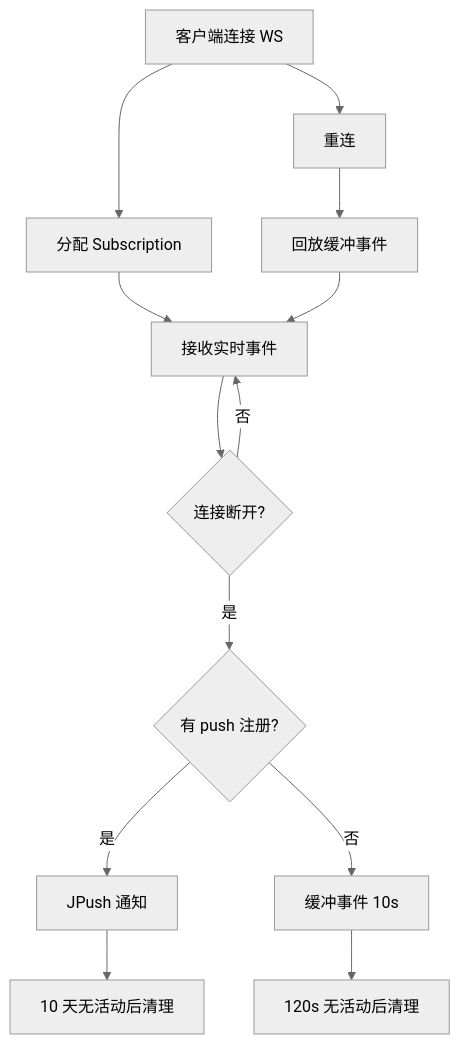
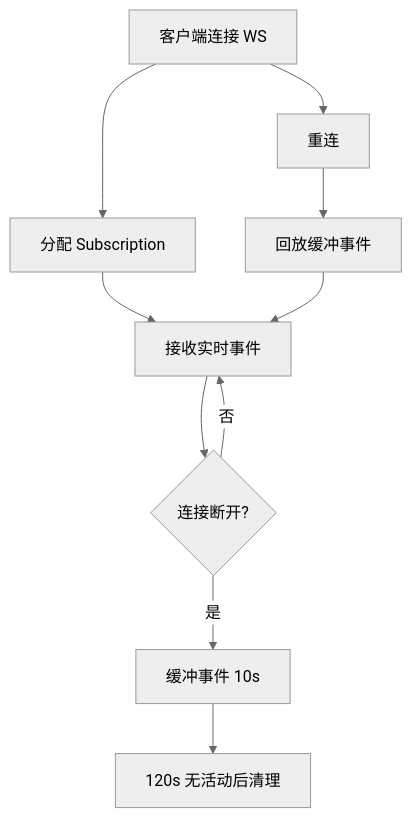
One commit to ql-isaac/clawbench changed the second of 2 diagrams in docs/spec/infra/event-system.md. Above: the diagram before and after it, drawn with Mermaid (neutral theme). The commit also changed other lines of this file and 281 other files, not shown here.

````diff
--- a/docs/spec/infra/event-system.md
+++ b/docs/spec/infra/event-system.md
@@ -33,15 +29,12 @@
 ```mermaid
 flowchart TD
     A[客户端连接 WS] --> B[分配 Subscription]
     B --> C[接收实时事件]
     C --> D{连接断开?}
-    D -->|是| E{有 push 注册?}
-    E -->|是| F[JPush 通知]
-    E -->|否| G[缓冲事件 10s]
+    D -->|是| E[缓冲事件 10s]
     D -->|否| C
-    F --> H[10 天无活动后清理]
-    G --> I[120s 无活动后清理]
-    A --> J[重连]
-    J --> K[回放缓冲事件]
-    K --> C
+    E --> F[120s 无活动后清理]
+    A --> G[重连]
+    G --> H[回放缓冲事件]
+    H --> C
 ```
````
